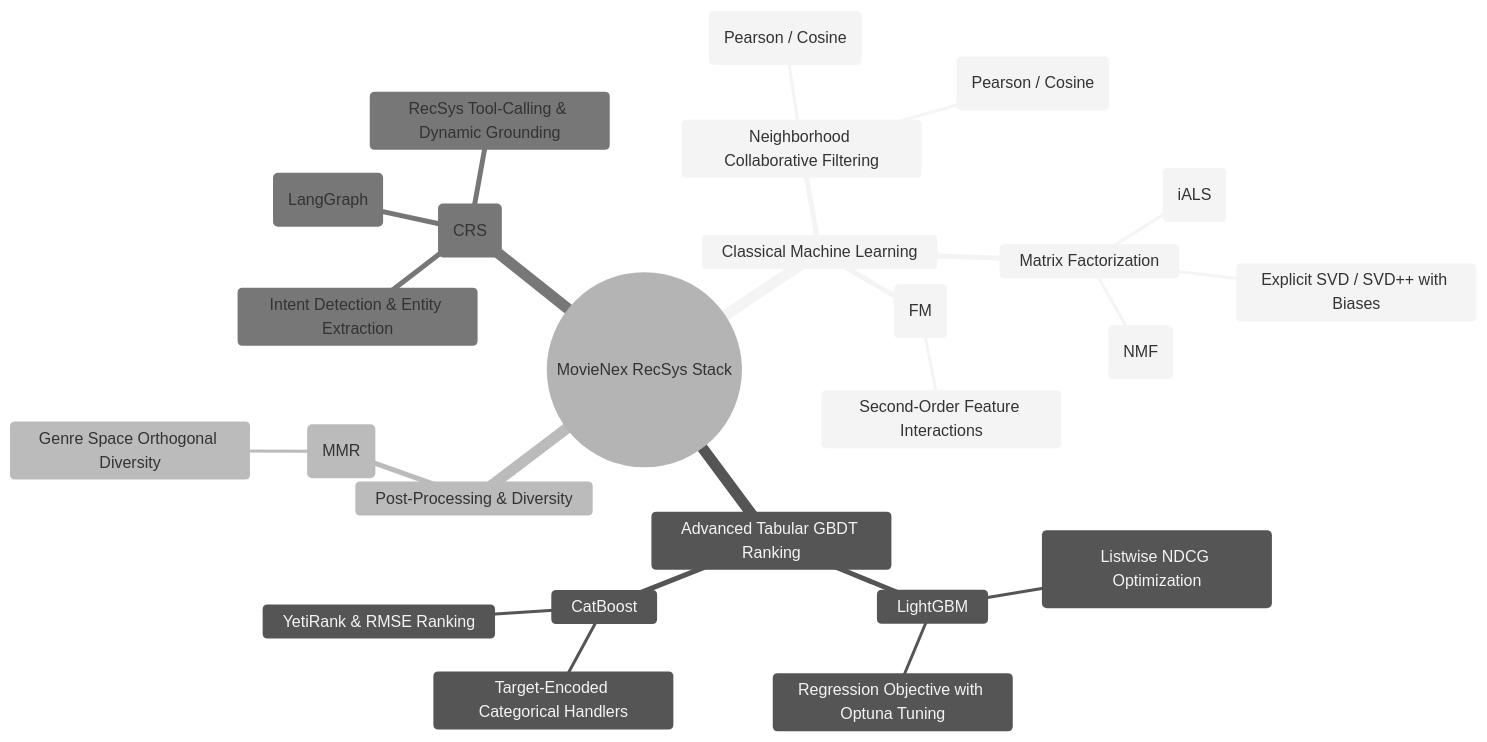
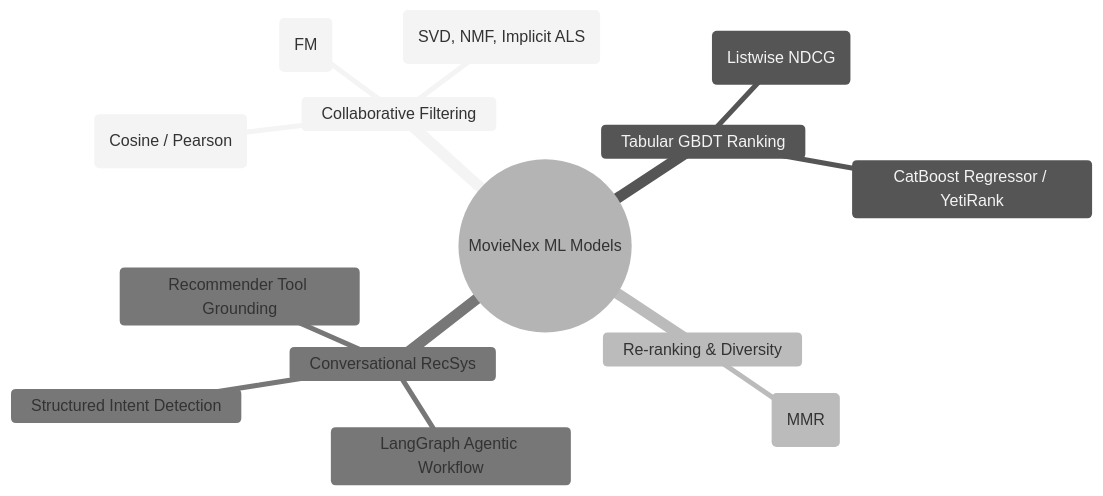
One commit to dducsw/movie-recsys changed the first of 3 diagrams in docs/recsys-applied.md. Above: the diagram before and after it, drawn with Mermaid (neutral theme). The commit also changed other lines of this file and 204 other files, not shown here.

````diff
--- a/docs/recsys-applied.md
+++ b/docs/recsys-applied.md
@@ -9,28 +9,17 @@
 ```mermaid
 mindmap
-  root((MovieNex RecSys Stack))
-    Classical Machine Learning
-      Neighborhood Collaborative Filtering
-        User-Based CF (Pearson / Cosine)
-        Item-Based CF (Pearson / Cosine)
-      Matrix Factorization
-        Explicit SVD / SVD++ with Biases
-        Non-Negative MF (NMF)
-        Implicit Alternating Least Squares (iALS)
+  root((MovieNex ML Models))
+    Collaborative Filtering
+      User & Item CF (Cosine / Pearson)
+      Matrix Factorization (SVD, NMF, Implicit ALS)
       Factorization Machines (FM)
-        Second-Order Feature Interactions
-    Advanced Tabular GBDT Ranking
-      LightGBM
-        LambdaRank (Listwise NDCG Optimization)
-        Regression Objective with Optuna Tuning
-      CatBoost
-        YetiRank & RMSE Ranking
-        Target-Encoded Categorical Handlers
-    Post-Processing & Diversity
+    Tabular GBDT Ranking
+      LightGBM LambdaRank (Listwise NDCG)
+      CatBoost Regressor / YetiRank
+    Re-ranking & Diversity
       Maximal Marginal Relevance (MMR)
-        Genre Space Orthogonal Diversity
-    Conversational RecSys (CRS)
-      Stateful Agentic Graph (LangGraph)
-      Intent Detection & Entity Extraction
-      RecSys Tool-Calling & Dynamic Grounding
+    Conversational RecSys
+      LangGraph Agentic Workflow
+      Structured Intent Detection
+      Recommender Tool Grounding
 ```
````
